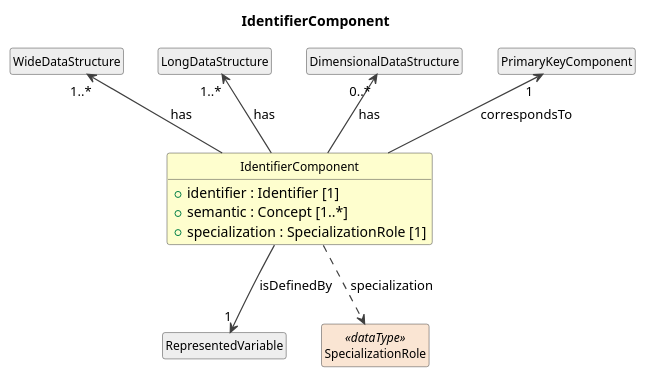
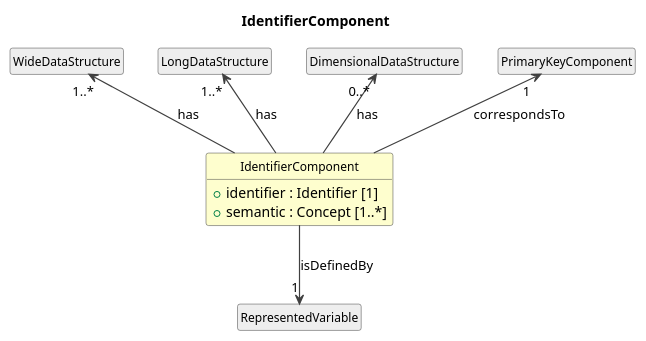
The diagram in build/field-level-documentation/CDIFDataStructure/Classes/IdentifierComponent.pu (Cross-Domain-Interoperability-Framework/metadataBuildingBlocks), drawn with PlantUML before and after one commit. The commit also changed 151 other files, not shown here.

```diff
--- a/build/field-level-documentation/CDIFDataStructure/Classes/IdentifierComponent.pu
+++ b/build/field-level-documentation/CDIFDataStructure/Classes/IdentifierComponent.pu
@@ -1,31 +1,28 @@
 @startuml
 title IdentifierComponent
 hide circle
 hide empty members
 skinparam shadowing false
 skinparam ArrowThickness 1.2
 skinparam class {
   ArrowColor #404040
   BorderColor #404040
   FontSize 12
 }
 
 class "IdentifierComponent" as IdentifierComponent #FEFECE {
   +identifier : Identifier [1]
   +semantic : Concept [1..*]
-  +specialization : SpecializationRole [1]
 }
 class "WideDataStructure" as WideDataStructure #EEEEEE
 WideDataStructure "1..*" <-- IdentifierComponent : has
 class "LongDataStructure" as LongDataStructure #EEEEEE
 LongDataStructure "1..*" <-- IdentifierComponent : has
 class "DimensionalDataStructure" as DimensionalDataStructure #EEEEEE
 DimensionalDataStructure "0..*" <-- IdentifierComponent : has
 class "RepresentedVariable" as RepresentedVariable #EEEEEE
 IdentifierComponent --> "1" RepresentedVariable : isDefinedBy
 class "PrimaryKeyComponent" as PrimaryKeyComponent #EEEEEE
 PrimaryKeyComponent "1" <-- IdentifierComponent : correspondsTo
-class "SpecializationRole" as SpecializationRole <<dataType>> #FAE5D3
-IdentifierComponent ..> SpecializationRole : specialization
 
 @enduml
```
